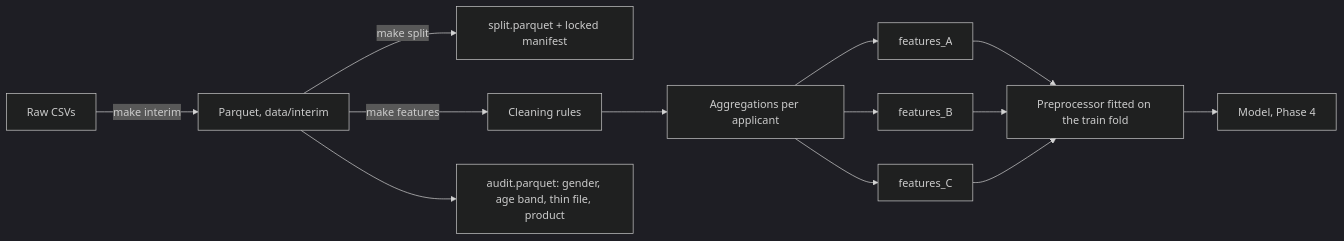
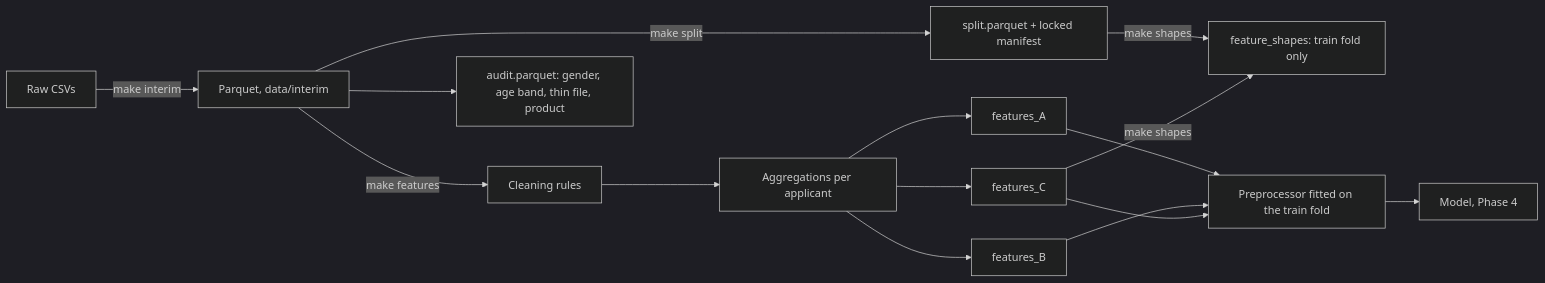
Before and after one commit to MohaamadAkbari/credit-risk: the diagram in reports/features.md, drawn with Mermaid (dark theme). The commit also changed other lines of this file and 36 other files, not shown here.

````diff
--- a/reports/features.md
+++ b/reports/features.md
@@ -16,9 +23,10 @@
 ```mermaid
 flowchart LR
     R[Raw CSVs] -->|make interim| I[Parquet, data/interim]
     I -->|make split| S[split.parquet + locked manifest]
     I -->|make features| C[Cleaning rules] --> F[Aggregations per applicant]
     F --> A[features_A] & B[features_B] & CC[features_C]
     I --> AU[audit.parquet: gender, age band, thin file, product]
+    S & CC -->|make shapes| SH[feature_shapes: train fold only]
     A & B & CC --> P[Preprocessor fitted on the train fold] --> M[Model, Phase 4]
 ```
````
